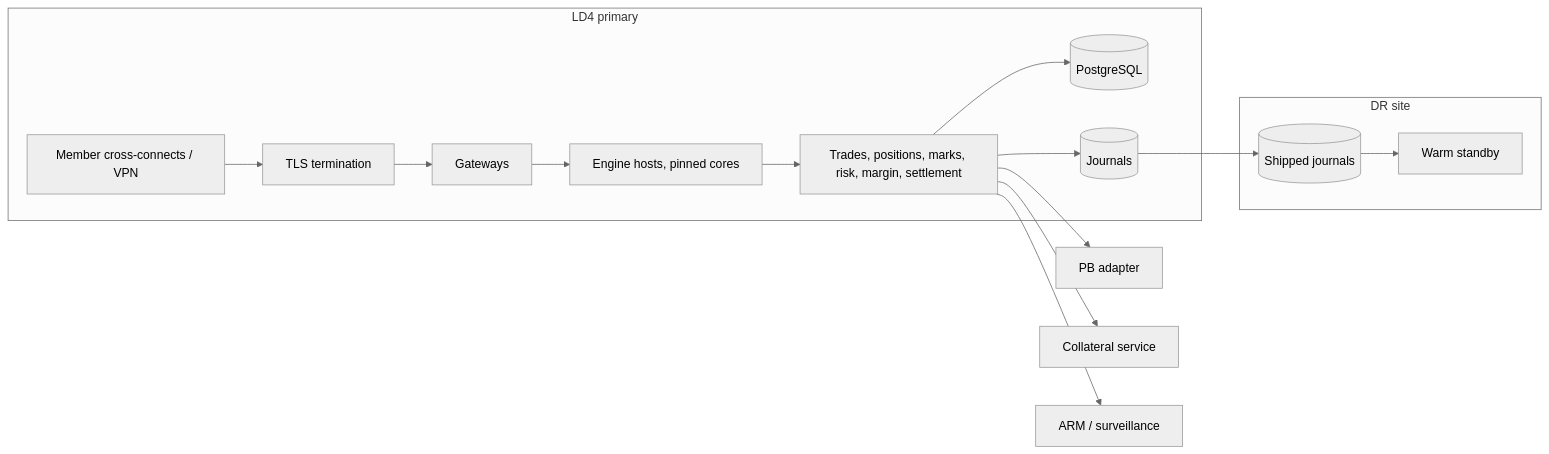
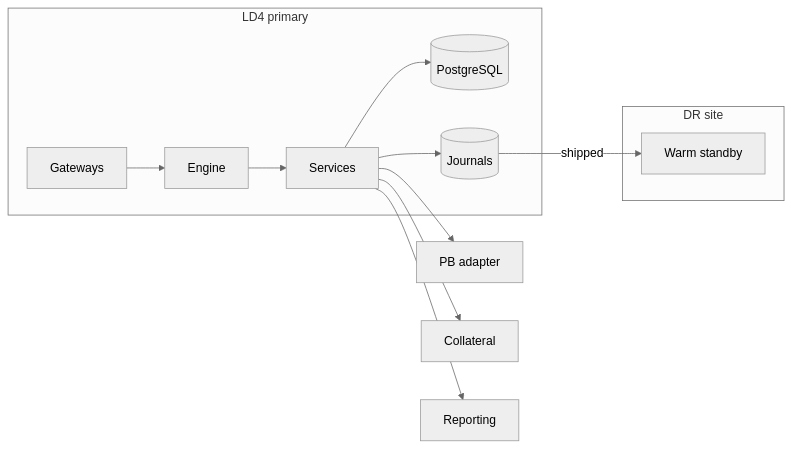
One commit to LevonDerma1221/swans-docs changed the eighth of 8 diagrams in docs/diagrams.md. Above: the diagram before and after it, drawn with Mermaid (neutral theme). The commit also changed other lines of this file and 31 other files, not shown here.

````diff
--- a/docs/diagrams.md
+++ b/docs/diagrams.md
@@ -151,17 +157,18 @@
 ```mermaid
 flowchart LR
-  subgraph LD4["LD4 primary"]
-    XC[Member cross-connects / VPN] --> LB[TLS termination] --> GW[Gateways]
-    GW --> ENG[Engine hosts, pinned cores]
-    ENG --> SVC[Trades, positions, marks, risk, margin, settlement]
+  subgraph LD4[LD4 primary]
+    GW[Gateways] --> ENG[Engine]
+    ENG --> SVC[Services]
     SVC --> DB[(PostgreSQL)]
     SVC --> J[(Journals)]
   end
-  subgraph DR["DR site"]
-    J2[(Shipped journals)] --> WS[Warm standby]
+
+  subgraph DR[DR site]
+    WS[Warm standby]
   end
-  J --> J2
+
+  J -->|shipped| WS
   SVC --> PBA[PB adapter]
-  SVC --> COLS[Collateral service]
-  SVC --> ARM[ARM / surveillance]
+  SVC --> COL[Collateral]
+  SVC --> ARM[Reporting]
 ```
````
